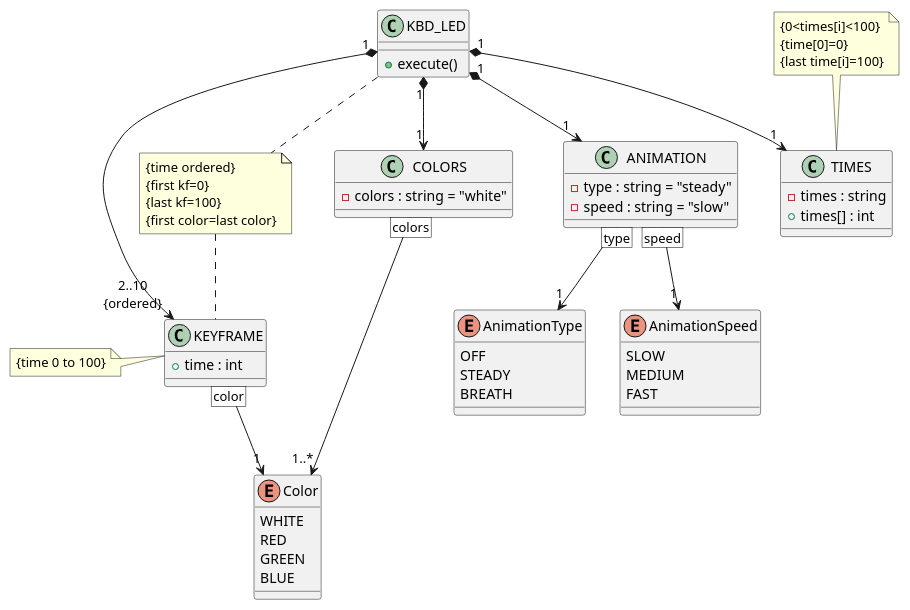
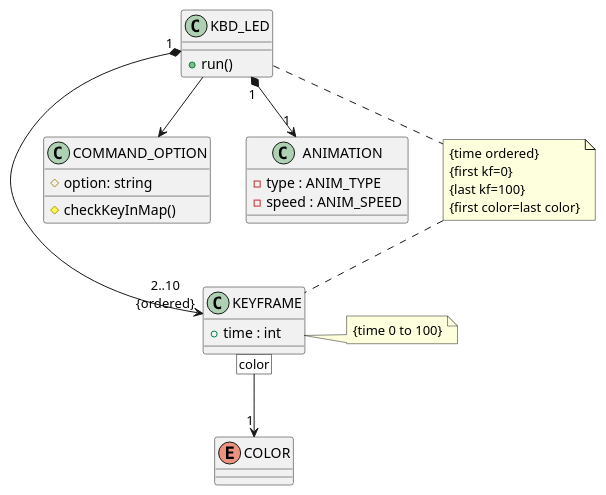
The diagram in docs/diagrams/src/class_diag.wsd (lulu731/keybd_led), drawn with PlantUML before and after one commit. The commit also changed 1 other file, not shown here.

Commit message:
uml: split class diagram to two diagrams, add COMMAND_OPTION hierarchy

```diff
--- a/docs/diagrams/src/class_diag.wsd
+++ b/docs/diagrams/src/class_diag.wsd
@@ -1,87 +1,48 @@
 @startuml classes diagram
 
 class KBD_LED
 {
-    +execute()
+    +run()
 }
 
-'----- COLORS -----
-class COLORS
+class COMMAND_OPTION
 {
-    -colors : string = "white"
+    #option: string
+    #checkKeyInMap()
 }
 
-enum Color
-{
-    WHITE
-    RED
-    GREEN
-    BLUE
-}
-
-COLORS [colors] --> "1..*" Color
-
-'----- TIMES -----
-class TIMES
-{
-    -times : string
-    +times[] : int
-}
-
-note top of TIMES
-    {0<times[i]<100}
-    {time[0]=0}
-    {last time[i]=100}
-end note
+enum COLOR
 
 '----- ANIMATION -----
 class ANIMATION
 {
-    -type : string = "steady"
-    -speed : string = "slow"
+    -type : ANIM_TYPE
+    -speed : ANIM_SPEED
 }
-
-enum AnimationType
-{
-    OFF
-    STEADY
-    BREATH
-}
-
-ANIMATION [type] --> "1" AnimationType
-
-enum AnimationSpeed
-{
-    SLOW
-    MEDIUM
-    FAST
-}
-
-ANIMATION [speed] --> "1" AnimationSpeed
 
 '----- KEYFRAME -----
 class KEYFRAME
 {
     +time : int
 }
 
-note left :{time 0 to 100}
+note right :{time 0 to 100}
 
 note as N1
     {time ordered}
     {first kf=0}
     {last kf=100}
     {first color=last color}
 end note
 
-KEYFRAME [color] --> "1" Color
+KEYFRAME [color] --> "1" COLOR
+
+KBD_LED --> COMMAND_OPTION
 
 KBD_LED .. N1
 N1 .. KEYFRAME
 
-KBD_LED "1" *--> "1" COLORS
 KBD_LED "1" *--> "1" ANIMATION
 KBD_LED "1" *--> "2..10\n{ordered}" KEYFRAME
-KBD_LED "1" *--> "1" TIMES
 
 @enduml
```
